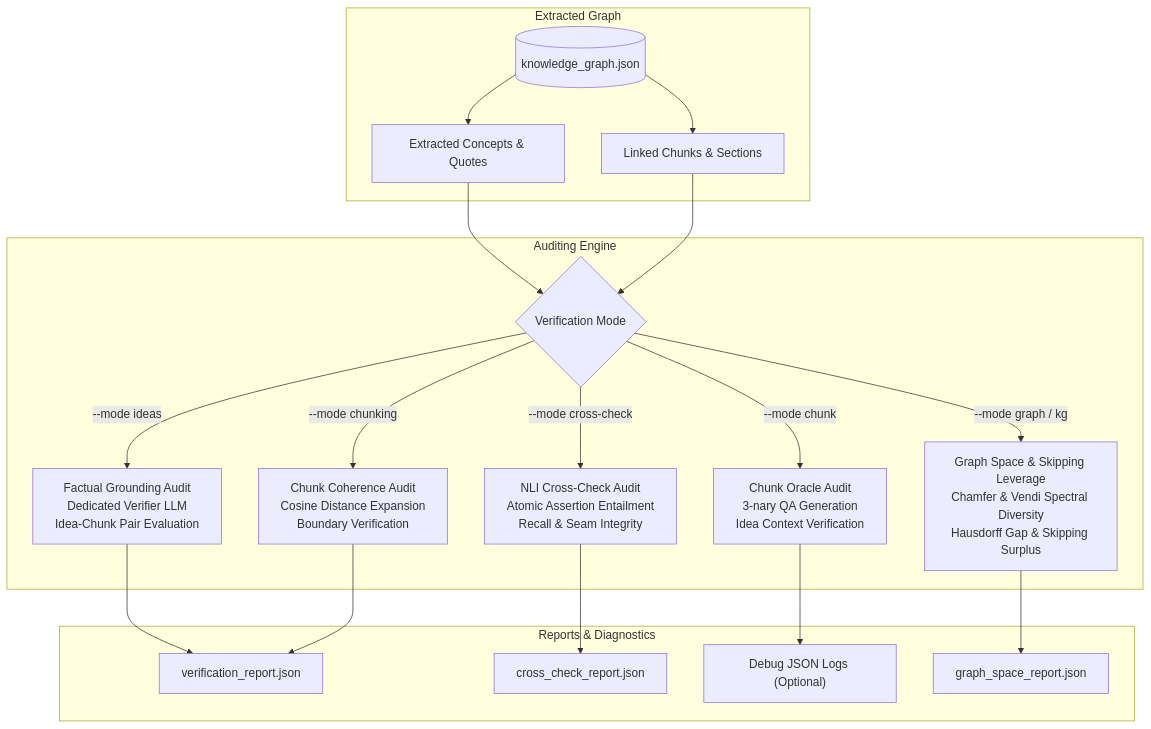
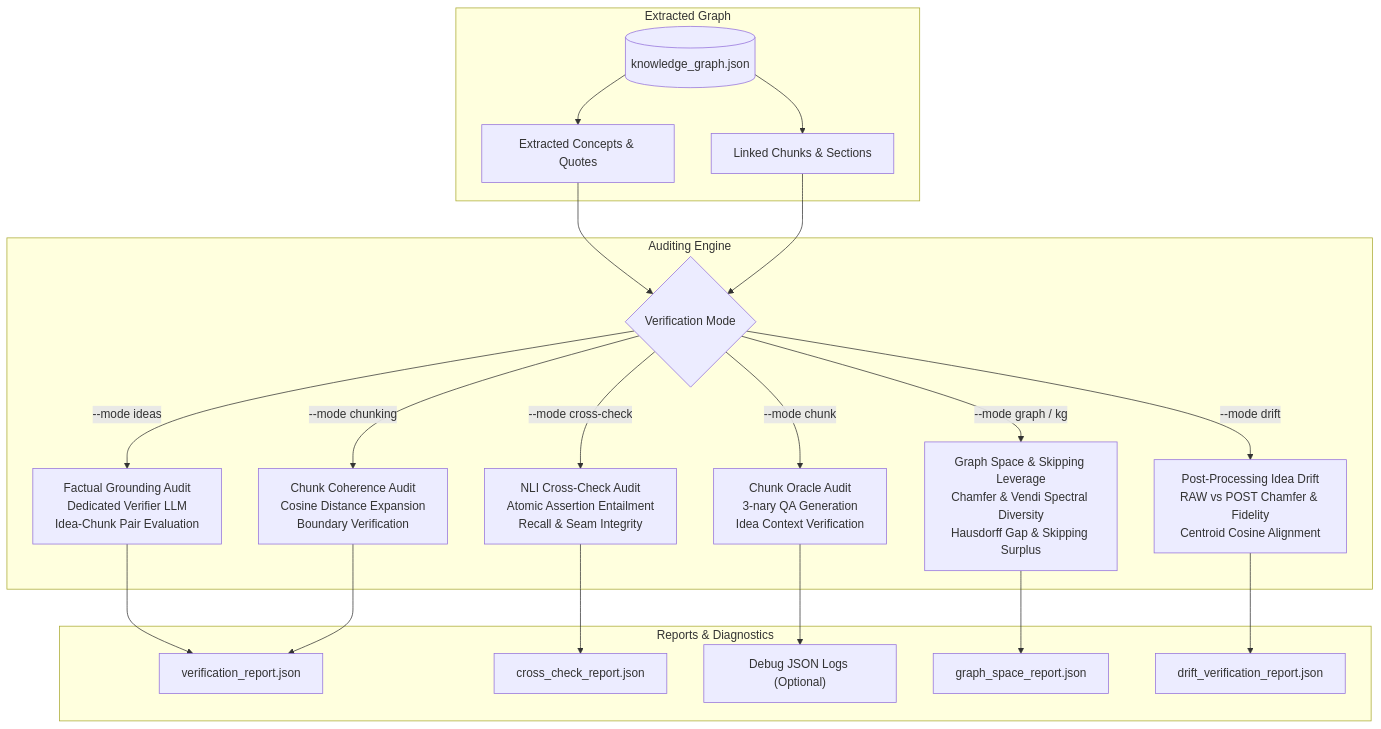
The diagram in docs/verification.md (Sergsw74/bookeeper), drawn with Mermaid before and after one commit. The commit also changed other lines of this file and 14 other files, not shown here.

First line of the commit message:
feat(evaluation): add post-processing idea drift metrics and threshold simulator integration

````diff
--- a/docs/verification.md
+++ b/docs/verification.md
@@ -29,25 +30,27 @@
 ```mermaid
 flowchart TD
     subgraph KnowledgeGraph ["Extracted Graph"]
         A[("knowledge_graph.json")] --> B["Extracted Concepts & Quotes"]
         A --> C["Linked Chunks & Sections"]
     end
 
     subgraph VerifierEngine ["Auditing Engine"]
         B --> D{"Verification Mode"}
         C --> D
         D -->|--mode ideas| E["Factual Grounding Audit\nDedicated Verifier LLM\nIdea-Chunk Pair Evaluation"]
         D -->|--mode chunking| F["Chunk Coherence Audit\nCosine Distance Expansion\nBoundary Verification"]
         D -->|--mode cross-check| G["NLI Cross-Check Audit\nAtomic Assertion Entailment\nRecall & Seam Integrity"]
         D -->|--mode chunk| H["Chunk Oracle Audit\n3-nary QA Generation\nIdea Context Verification"]
         D -->|--mode graph / kg| L["Graph Space & Skipping Leverage\nChamfer & Vendi Spectral Diversity\nHausdorff Gap & Skipping Surplus"]
+        D -->|--mode drift| N["Post-Processing Idea Drift\nRAW vs POST Chamfer & Fidelity\nCentroid Cosine Alignment"]
     end
 
     subgraph Outputs ["Reports & Diagnostics"]
         E --> I["verification_report.json"]
         F --> I
         G --> J["cross_check_report.json"]
         H --> K["Debug JSON Logs (Optional)"]
         L --> M["graph_space_report.json"]
+        N --> O["drift_verification_report.json"]
     end
 ```
````
